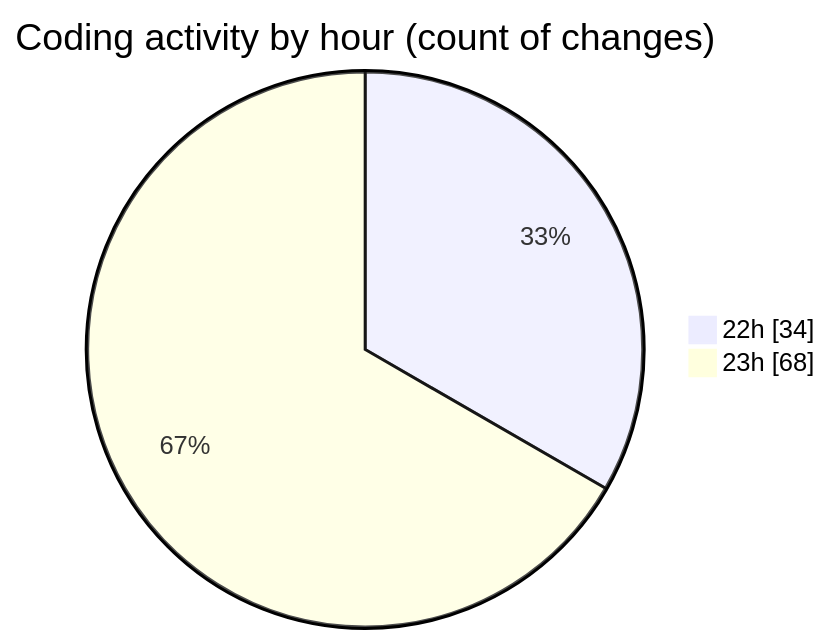
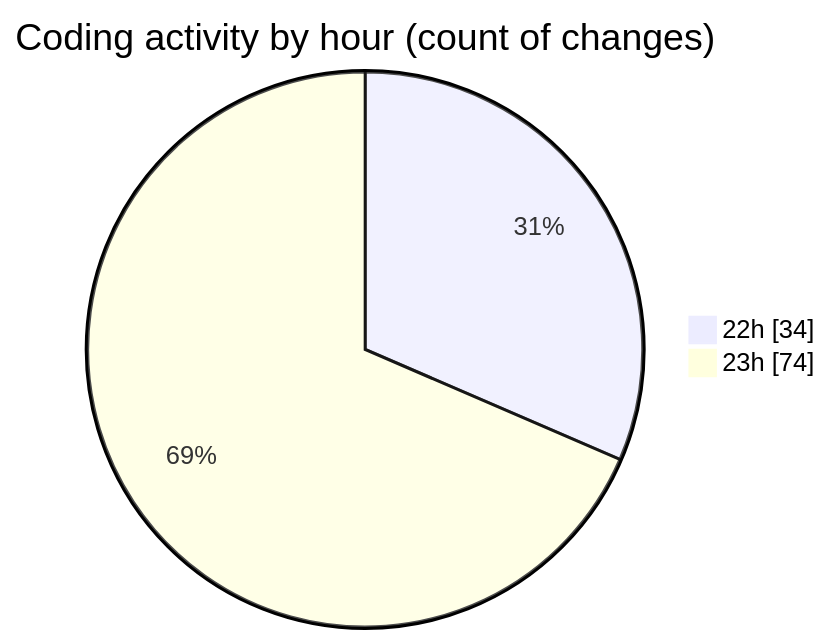
Before and after one commit to lephambinh05/code-tracking: the second of 2 diagrams in 2025-07-14/nhahang/README.md, drawn with Mermaid. The commit also changed other lines of this file and 1 other file, not shown here.

````diff
--- a/2025-07-14/nhahang/README.md
+++ b/2025-07-14/nhahang/README.md
@@ -78,6 +81,6 @@
 ```mermaid
 pie showData
 title Coding activity by hour (count of changes)
 "22h" : 34
-"23h" : 68
+"23h" : 74
 ```
````
